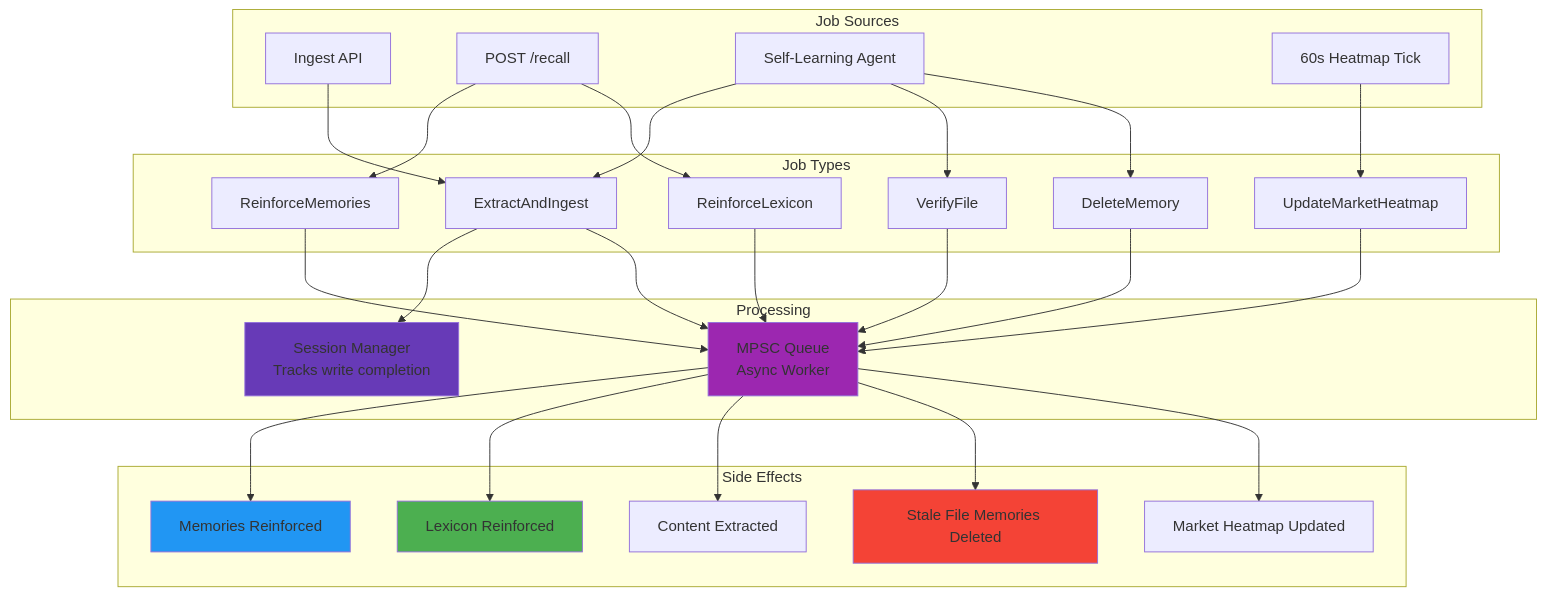
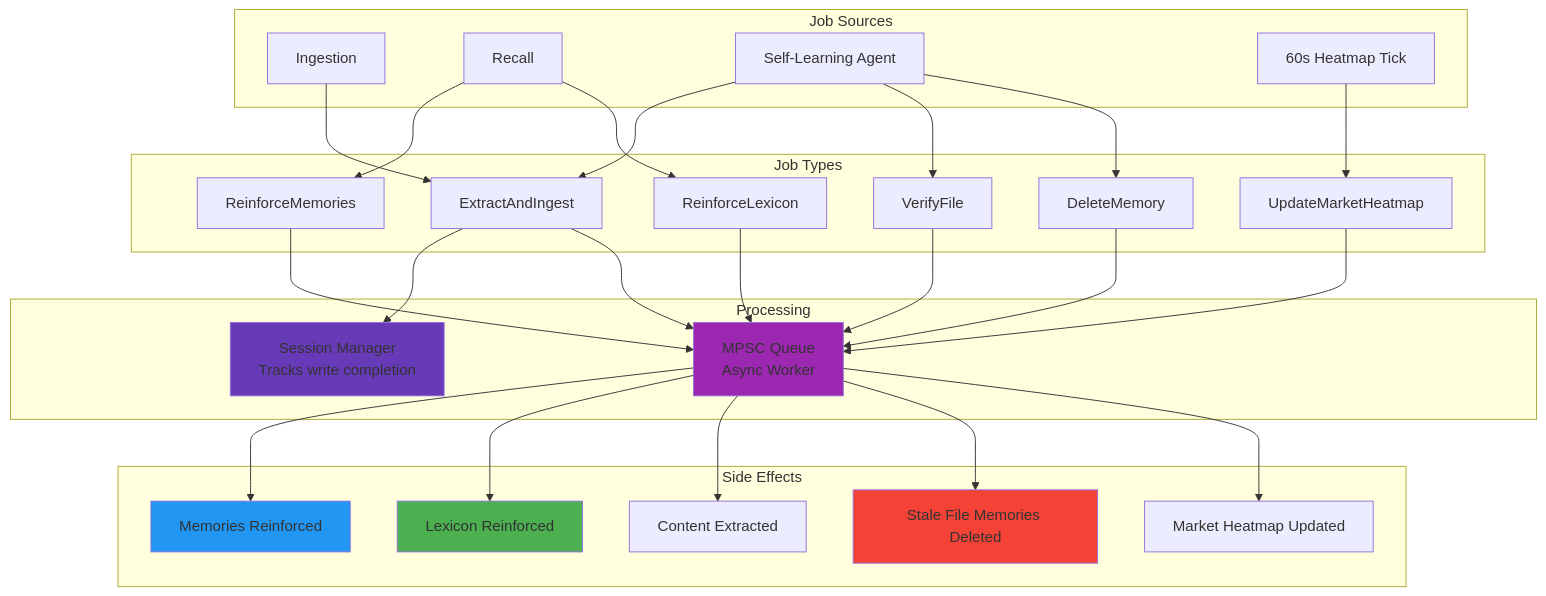
The fourth of 4 diagrams in README.md (cuemap-dev/cuemap), drawn with Mermaid before and after one commit. The commit also changed other lines of this file, not shown here.

````diff
--- a/README.md
+++ b/README.md
@@ -1002,49 +530,49 @@
 ```mermaid
 graph TB
     subgraph "Job Sources"
-        INGEST[Ingest API]
-        RECALL[POST /recall]
+        INGEST[Ingestion]
+        RECALL[Recall]
         AGENT[Self-Learning Agent]
         TIMER[60s Heatmap Tick]
     end
     
     subgraph "Job Types"
         J4[ReinforceMemories]
         J5[ReinforceLexicon]
         J7[ExtractAndIngest]
         J8[VerifyFile]
         J10[DeleteMemory]
         J9[UpdateMarketHeatmap]
     end
     
     subgraph "Processing"
         SESSION[Session Manager<br/>Tracks write completion]
         QUEUE[MPSC Queue<br/>Async Worker]
     end
     
     subgraph "Side Effects"
         E1[Memories Reinforced]
         E2[Lexicon Reinforced]
         E4[Content Extracted]
         E5[Stale File Memories Deleted]
         E6[Market Heatmap Updated]
     end
     
     RECALL --> J4 & J5
     INGEST --> J7
     AGENT --> J7 & J8 & J10
     TIMER --> J9
     
     J7 --> SESSION
     J4 & J5 --> QUEUE
     J7 & J8 & J10 --> QUEUE
     J9 --> QUEUE
     
     QUEUE --> E1 & E2 & E4 & E5 & E6
     
     style QUEUE fill:#9C27B0
     style SESSION fill:#673AB7
     style E1 fill:#2196F3
     style E2 fill:#4CAF50
     style E5 fill:#F44336
 ```
````
